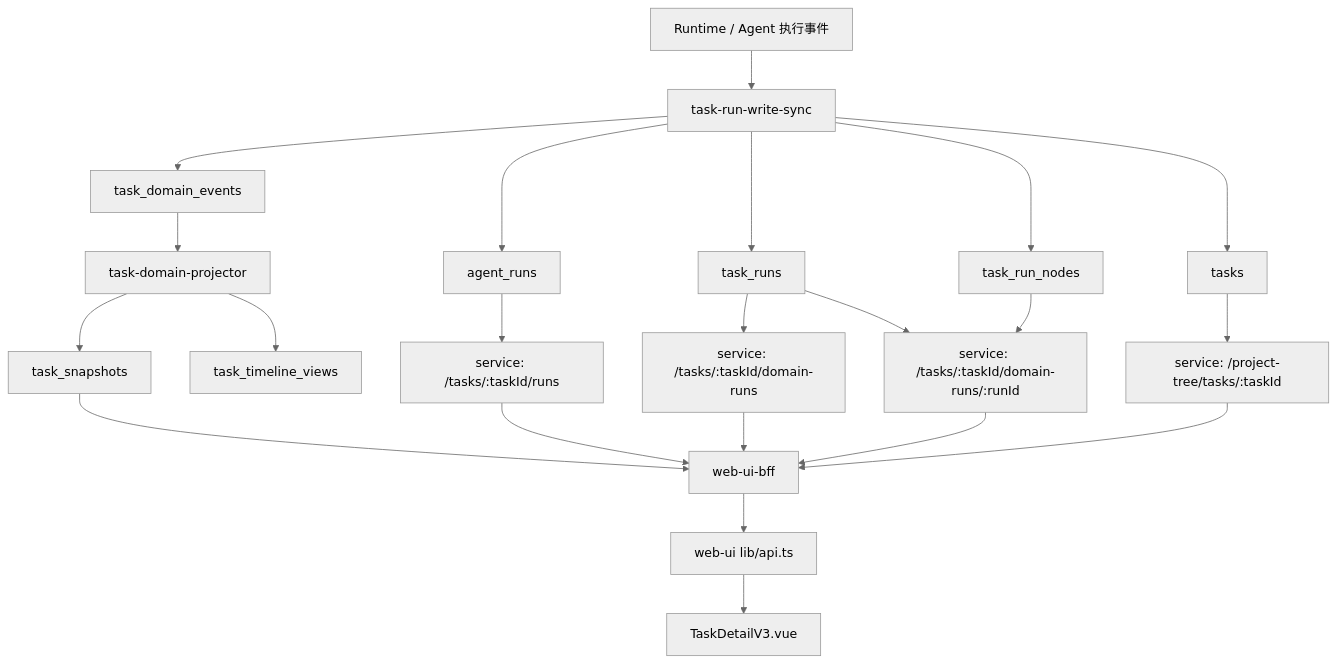
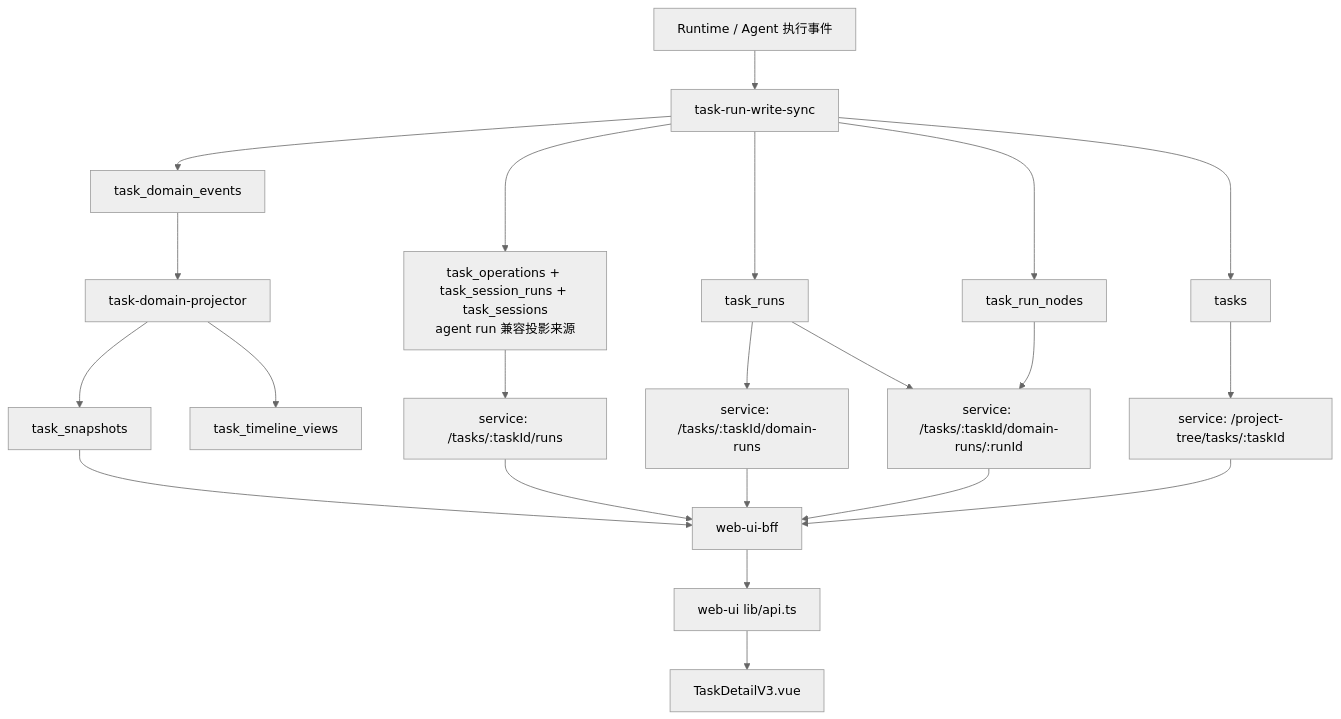
One commit to openerserver/openerx changed the second of 6 diagrams in docs/task-run-data-end-to-end.md. Above: the diagram before and after it, drawn with Mermaid (neutral theme). The commit also changed other lines of this file and 943 other files, not shown here.

````diff
--- a/docs/task-run-data-end-to-end.md
+++ b/docs/task-run-data-end-to-end.md
@@ -53,42 +55,42 @@
 ```mermaid
 flowchart TD
   A[Runtime / Agent 执行事件]
   B[task-run-write-sync]
-  C[agent_runs]
+  C[task_operations + task_session_runs + task_sessions\nagent run 兼容投影来源]
   D[task_runs]
   E[task_run_nodes]
   F[tasks]
   G[task_domain_events]
   H[task-domain-projector]
   I[task_snapshots]
   J[task_timeline_views]
   K[service: /tasks/:taskId/runs]
   L[service: /tasks/:taskId/domain-runs]
   M[service: /tasks/:taskId/domain-runs/:runId]
   N[service: /project-tree/tasks/:taskId]
   O[web-ui-bff]
   P[web-ui lib/api.ts]
   Q[TaskDetailV3.vue]
 
   A --> B
   B --> C
   B --> D
   B --> E
   B --> F
   B --> G
   G --> H
   H --> I
   H --> J
   C --> K
   D --> L
   D --> M
   E --> M
   F --> N
   I --> O
   K --> O
   L --> O
   M --> O
   N --> O
   O --> P
   P --> Q
 ```
````
